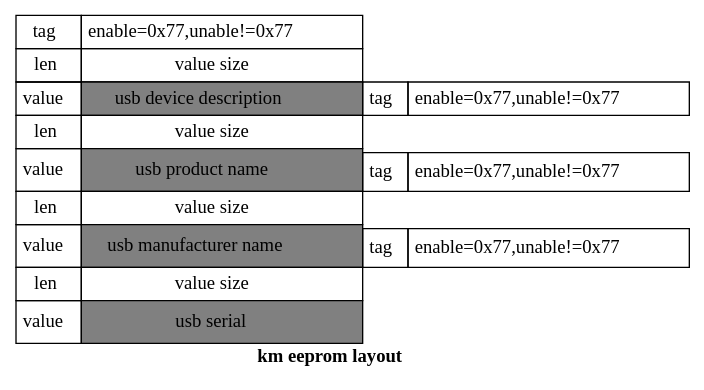
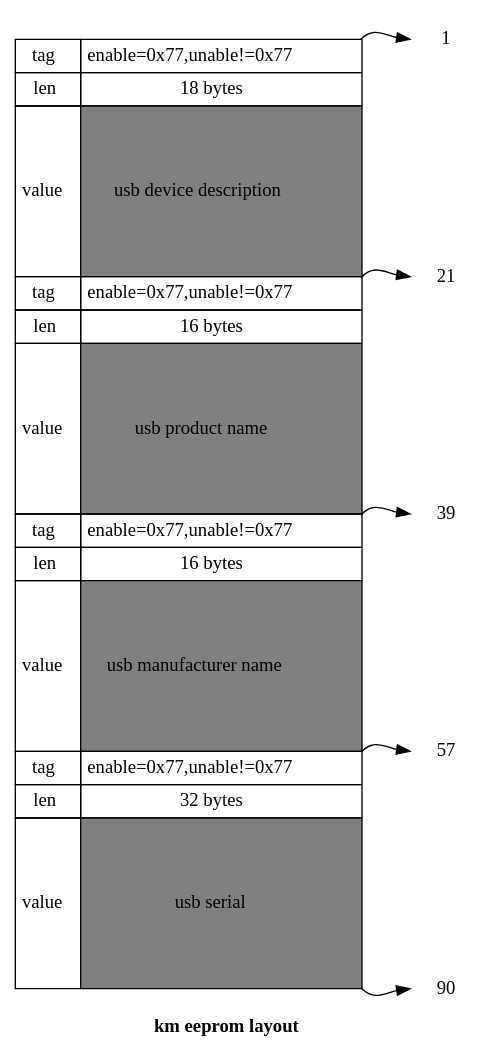
The diagram in res/eeprom_layout.dot (coolxv/atmega32u4-usb-dev), drawn with Graphviz before and after one commit. The commit also changed 2 other files, not shown here.

```diff
--- a/res/eeprom_layout.dot
+++ b/res/eeprom_layout.dot
@@ -1,69 +1,44 @@
 digraph eeprom {
     label = <<B>km eeprom layout</B>>;
-	ratio="fill"
-	size="10,50"
-	rankdir=TB
+	rankdir=LR
 	node [shape=plaintext]
-    eeprom [shape=none, width=0, height=0, margin=0, label=
-	<
+	
+	
+    eeprom [shape=none, width=0, height=0, margin=0, label=<
 		<table title="eeprom" border="0" cellborder="1" cellspacing="0" cellpadding="4">
-			<tr>
-				<td colspan="1">tag</td>
-				<td colspan="4" width="128" port="start">enable=0x77,unable!=0x77</td>
-			</tr>
-			<tr>
-				<td colspan="1">len</td>
-				<td colspan="4">value size</td>
-			</tr>
-			<tr>
-				<td colspan="1" rowspan="2">value</td>
-				<td colspan="4" rowspan="2" bgcolor="grey">usb device description</td>
-			</tr>
-
-
-			<tr>
-				<td colspan="1">tag</td>
-				<td colspan="4" >enable=0x77,unable!=0x77</td>
-			</tr>
-			<tr>
-				<td colspan="1">len</td>
-				<td colspan="4">value size</td>
-			</tr>
-			<tr>
-				<td colspan="1" rowspan="2">value</td>
-				<td colspan="4" rowspan="2" height="32" bgcolor="grey">usb product name</td>
-			</tr>
-
-
-			<tr>
-				<td colspan="1">tag</td>
-				<td colspan="4">enable=0x77,unable!=0x77</td>
-			</tr>
-			<tr>
-				<td colspan="1">len</td>
-				<td colspan="4">value size</td>
-			</tr>
-			<tr>
-				<td colspan="1" rowspan="2">value</td>
-				<td colspan="4" rowspan="2" height="32" bgcolor="grey">usb manufacturer name</td>
-			</tr>
-			
-			
-			<tr>
-				<td colspan="1">tag</td>
-				<td colspan="4">enable=0x77,unable!=0x77</td>
-			</tr>
-			<tr>
-				<td colspan="1">len</td>
-				<td colspan="4">value size</td>
-			</tr>
-			<tr>
-				<td colspan="1" rowspan="2">value</td>
-				<td colspan="4" rowspan="2" height="32" bgcolor="grey">usb serial</td>
-			</tr>					
-			
-		</table>
-	>
-    ]	
-	
+			<tr><td colspan="1">tag</td>
+				<td colspan="4" width="128" port="eeprom_1">enable=0x77,unable!=0x77</td></tr>
+			<tr><td colspan="1">len</td>
+				<td colspan="4" width="128">18 bytes</td></tr>
+			<tr><td colspan="1" rowspan="1">value</td>
+				<td colspan="4" width="128" rowspan="1" height="128" bgcolor="grey">usb device description</td></tr>
+			<tr><td colspan="1">tag</td>
+				<td colspan="4" width="128" port="eeprom_2">enable=0x77,unable!=0x77</td></tr>
+			<tr><td colspan="1">len</td>
+				<td colspan="4">16 bytes</td></tr>
+			<tr><td colspan="1" rowspan="1">value</td>
+				<td colspan="4" width="128" rowspan="1" height="128" bgcolor="grey">usb product name</td></tr>
+			<tr><td colspan="1">tag</td>
+				<td colspan="4" width="128" port="eeprom_3">enable=0x77,unable!=0x77</td></tr>
+			<tr><td colspan="1">len</td>
+				<td colspan="4" width="128">16 bytes</td></tr>
+			<tr><td colspan="1" rowspan="1">value</td>
+				<td colspan="4" width="128" rowspan="1" height="128" bgcolor="grey">usb manufacturer name</td></tr>
+			<tr><td colspan="1">tag</td>
+				<td colspan="4" width="128" port="eeprom_4">enable=0x77,unable!=0x77</td></tr>
+			<tr><td colspan="1">len</td>
+				<td colspan="4" width="128">32 bytes</td></tr>
+			<tr><td colspan="1" rowspan="1">value</td>
+				<td colspan="4" width="128" rowspan="1" height="128" bgcolor="grey" port="eeprom_5">usb serial</td></tr>					
+		</table>>  ]	
+	addr_0 [label="1"]
+	eeprom:eeprom_1:ne -> addr_0:w
+	addr_1 [label="21"]
+	eeprom:eeprom_2:ne -> addr_1:w	
+	addr_2 [label="39"]
+	eeprom:eeprom_3:ne -> addr_2:w
+	addr_3 [label="57"]
+	eeprom:eeprom_4:ne -> addr_3:w	
+	addr_4 [label="90"]
+	eeprom:eeprom_5:se -> addr_4:w			
 }
```
